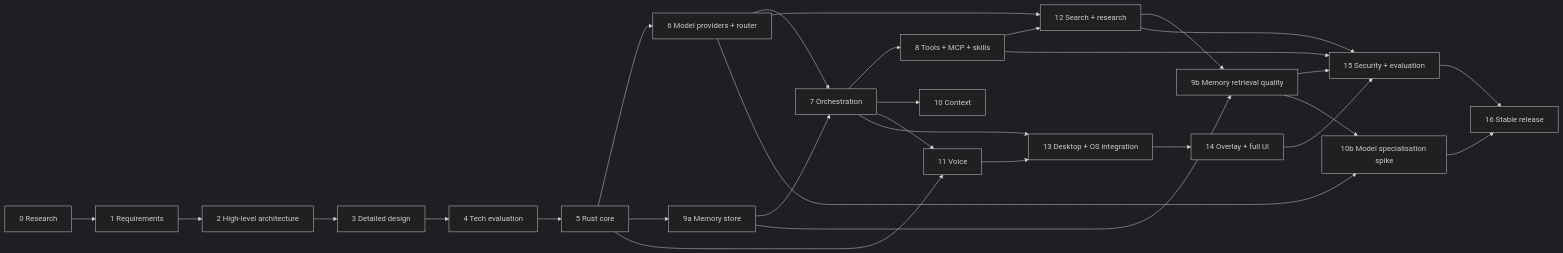
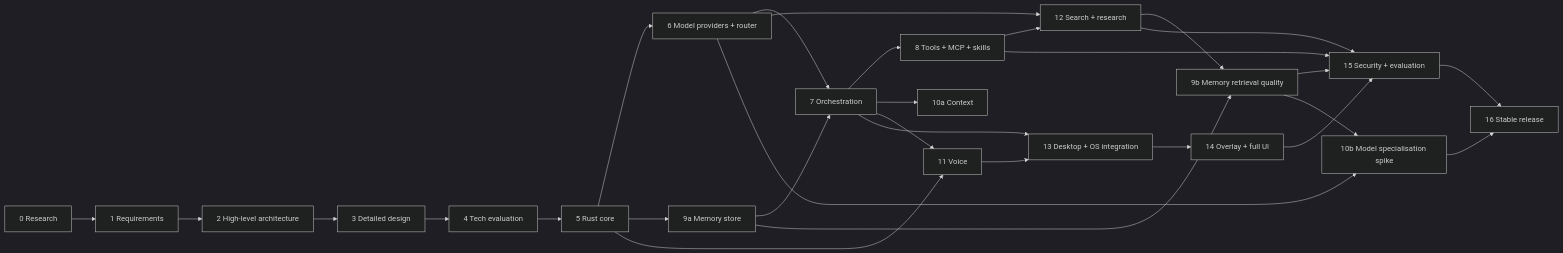
The diagram in docs/edith/EDITH_IMPLEMENTATION_ROADMAP.md (mdadeel/friday), drawn with Mermaid (dark theme) before and after one commit. The commit also changed other lines of this file and 2 other files, not shown here.

````diff
--- a/docs/edith/EDITH_IMPLEMENTATION_ROADMAP.md
+++ b/docs/edith/EDITH_IMPLEMENTATION_ROADMAP.md
@@ -15,31 +15,31 @@
 ```mermaid
 flowchart LR
   P0[0 Research] --> P1[1 Requirements]
   P1 --> P2[2 High-level architecture]
   P2 --> P3[3 Detailed design]
   P3 --> P4[4 Tech evaluation]
   P4 --> P5[5 Rust core]
   P5 --> P6[6 Model providers + router]
   P5 --> P9a[9a Memory store]
   P6 --> P7[7 Orchestration]
   P9a --> P7
   P7 --> P8[8 Tools + MCP + skills]
-  P7 --> P10[10 Context]
+  P7 --> P10[10a Context]
   P8 --> P12[12 Search + research]
   P6 --> P12
   P9a --> P9b[9b Memory retrieval quality]
   P12 --> P9b
   P5 --> P11[11 Voice]
   P7 --> P11
   P7 --> P13[13 Desktop + OS integration]
   P11 --> P13
   P13 --> P14[14 Overlay + full UI]
   P8 --> P15[15 Security + evaluation]
   P12 --> P15
   P9b --> P15
   P14 --> P15
   P15 --> P16[16 Stable release]
   P6 --> P10b[10b Model specialisation spike]
   P9b --> P10b
   P10b --> P16
 ```
````
